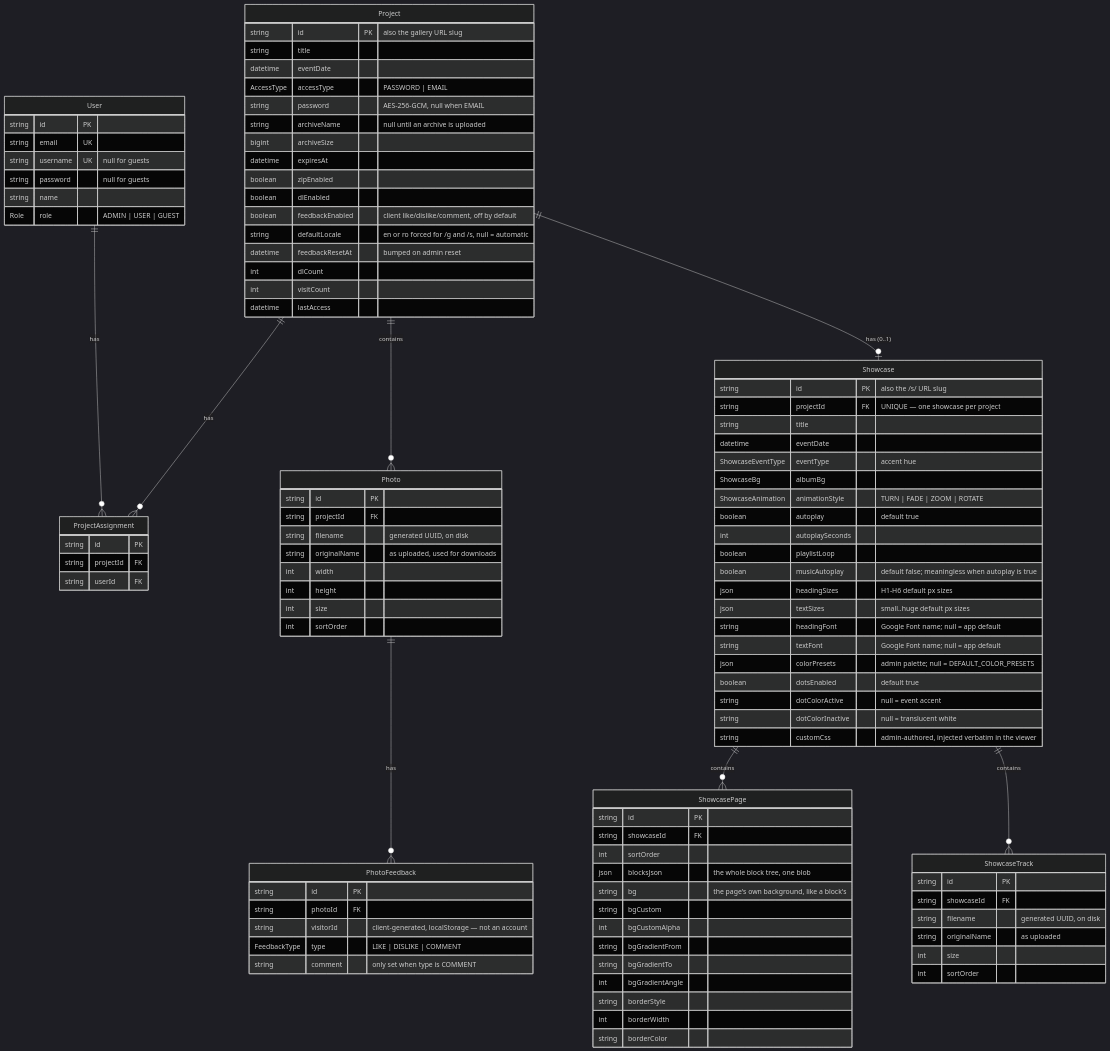
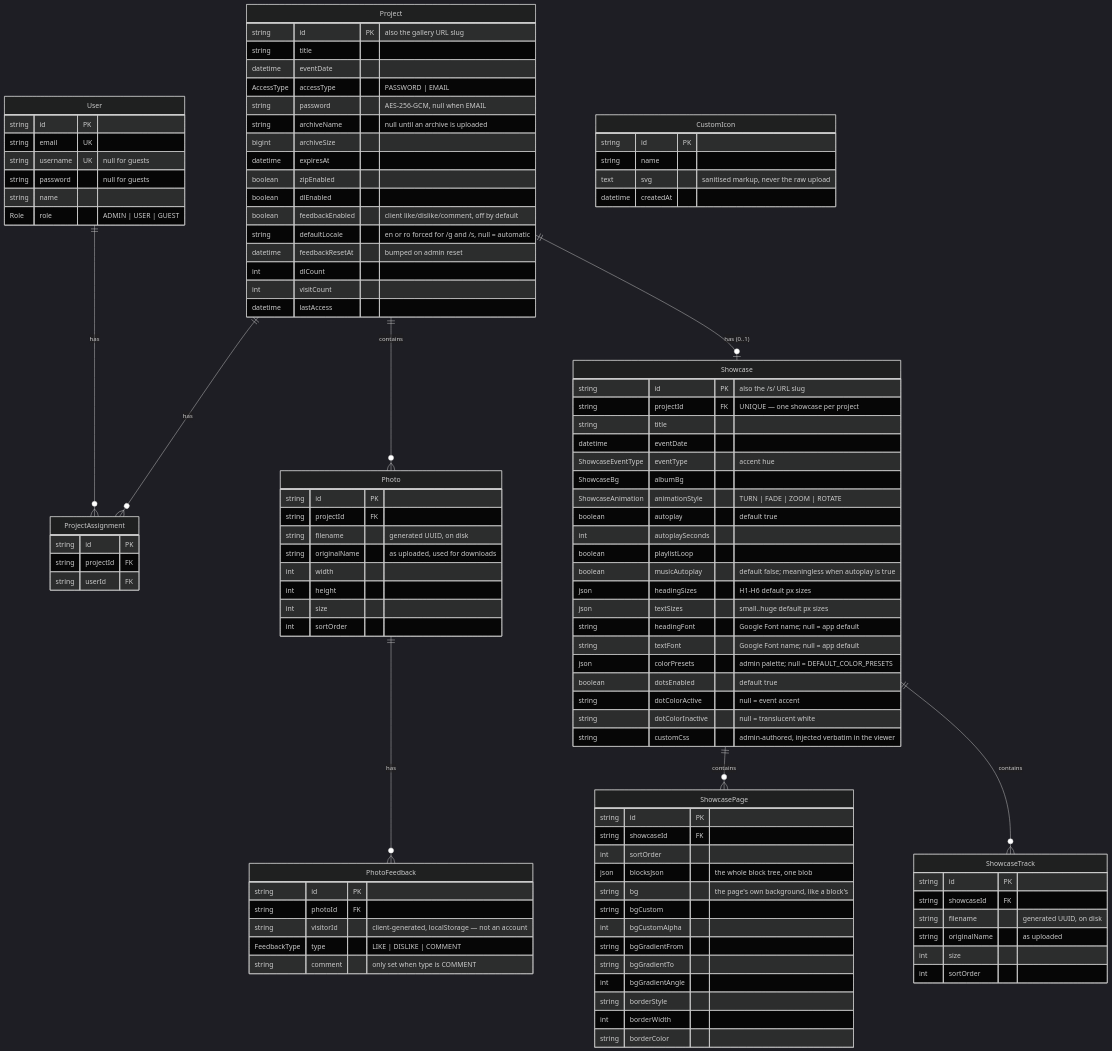
Before and after one commit to Geobusteni/kuvalib: the first of 3 diagrams in ARCHITECTURE.md, drawn with Mermaid (dark theme). The commit also changed other lines of this file and 3 other files, not shown here.

````diff
--- a/ARCHITECTURE.md
+++ b/ARCHITECTURE.md
@@ -247,4 +247,10 @@
         int size
         int sortOrder
     }
+    CustomIcon {
+        string id PK
+        string name
+        text svg "sanitised markup, never the raw upload"
+        datetime createdAt
+    }
 ```
````
